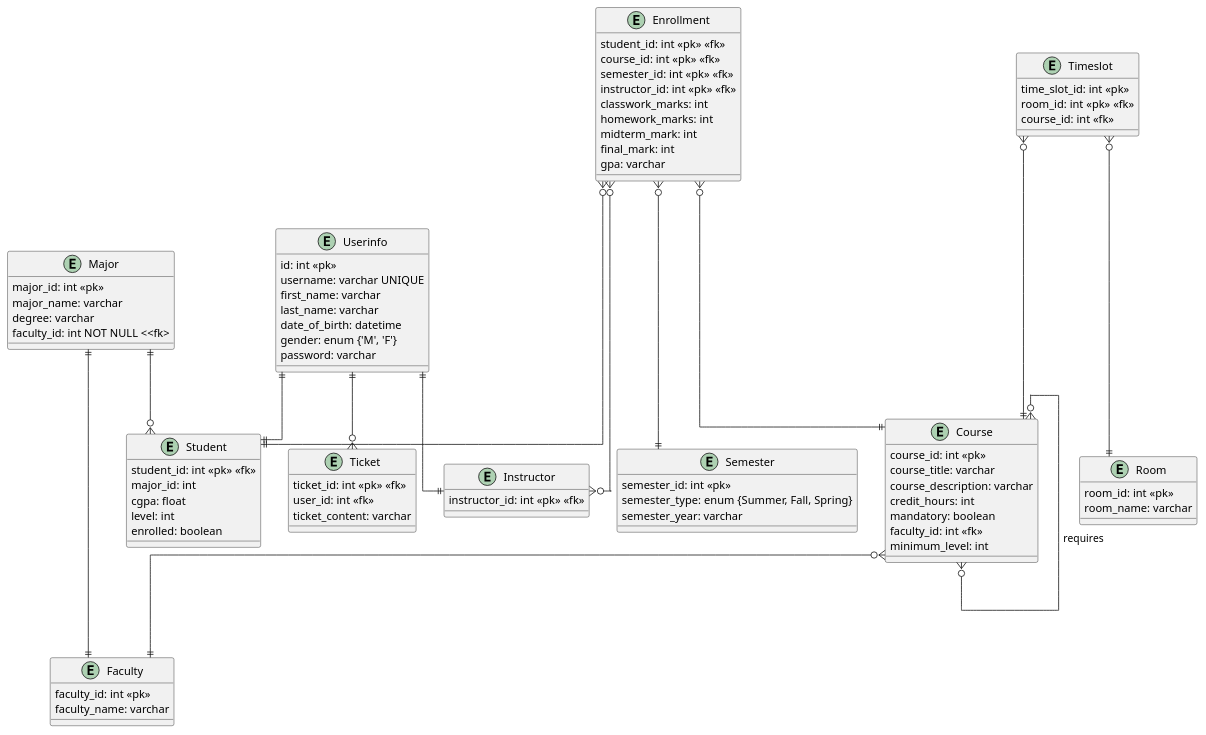
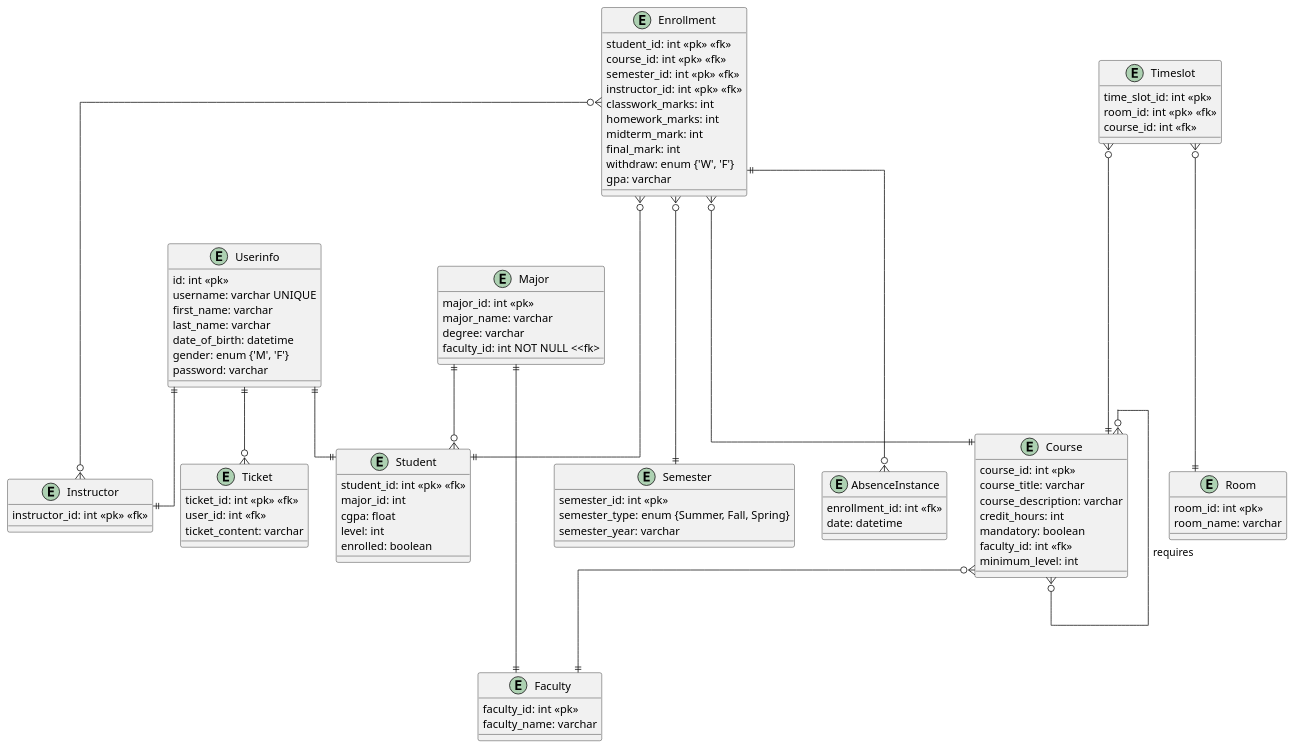
Before and after one commit to Mo2men66/project-sis: the diagram in docs/erd.pu, drawn with PlantUML.

Commit message:
docs: erd: add course absence tracking

```diff
--- a/docs/erd.pu
+++ b/docs/erd.pu
@@ -1,103 +1,110 @@
 @startuml
 
 skinparam linetype ortho
 
 Entity Userinfo {
     id: int <<pk>>
     username: varchar UNIQUE
     first_name: varchar
     last_name: varchar
     date_of_birth: datetime
     gender: enum {'M', 'F'}
     password: varchar
 }
 
 Entity Student {
     student_id: int <<pk>> <<fk>>
     major_id: int
     cgpa: float
     level: int
     enrolled: boolean
 }
 
 Entity Instructor {
     instructor_id: int <<pk>> <<fk>>
 }
 
 Entity Ticket {
     ticket_id: int <<pk>> <<fk>>
     user_id: int <<fk>>
     ticket_content: varchar
 }
 
 Entity Semester {
     semester_id: int <<pk>>
     semester_type: enum {Summer, Fall, Spring}
     semester_year: varchar
 }
 
 Entity Enrollment {
     student_id: int <<pk>> <<fk>>
     course_id: int <<pk>> <<fk>>
     semester_id: int <<pk>> <<fk>>
     instructor_id: int <<pk>> <<fk>>
     classwork_marks: int
     homework_marks: int
     midterm_mark: int
     final_mark: int
+    withdraw: enum {'W', 'F'}
     gpa: varchar
+}
+
+Entity AbsenceInstance {
+    enrollment_id: int <<fk>>
+    date: datetime
 }
 
 Entity Faculty {
     faculty_id: int <<pk>>
     faculty_name: varchar
 }
 
 Entity Major {
     major_id: int <<pk>>
     major_name: varchar
     degree: varchar
     faculty_id: int NOT NULL <<fk>
 
 }
 
 Entity Timeslot {
     time_slot_id: int <<pk>>
     room_id: int <<pk>> <<fk>>
     course_id: int <<fk>>
 
 }
 
 Entity Room {
     room_id: int <<pk>>
     room_name: varchar
 
 }
 
 Entity Course {
     course_id: int <<pk>>
     course_title: varchar
     course_description: varchar
     credit_hours: int
     mandatory: boolean
     faculty_id: int <<fk>>
     minimum_level: int
 
 }
 
 Userinfo ||--|| Instructor
 Userinfo ||--|| Student
 Userinfo ||--o{ Ticket
 Major ||--o{ Student
 Major ||--|| Faculty
 Enrollment }o---o{ Instructor
 Enrollment }o---|| Student
 Enrollment }o---|| Course
 Enrollment }o---|| Semester
+Enrollment ||---o{ AbsenceInstance
 Course }o---|| Faculty
 Timeslot }o---|| Room
 Timeslot }o---|| Course
 
 Course }o---o{ Course: requires
 
 @enduml
```
